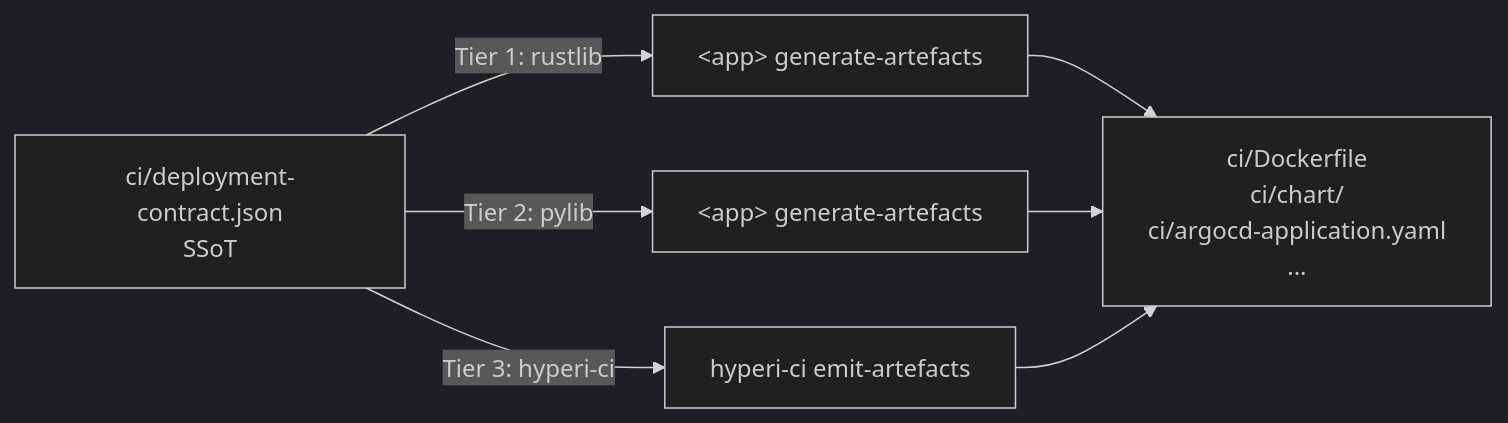
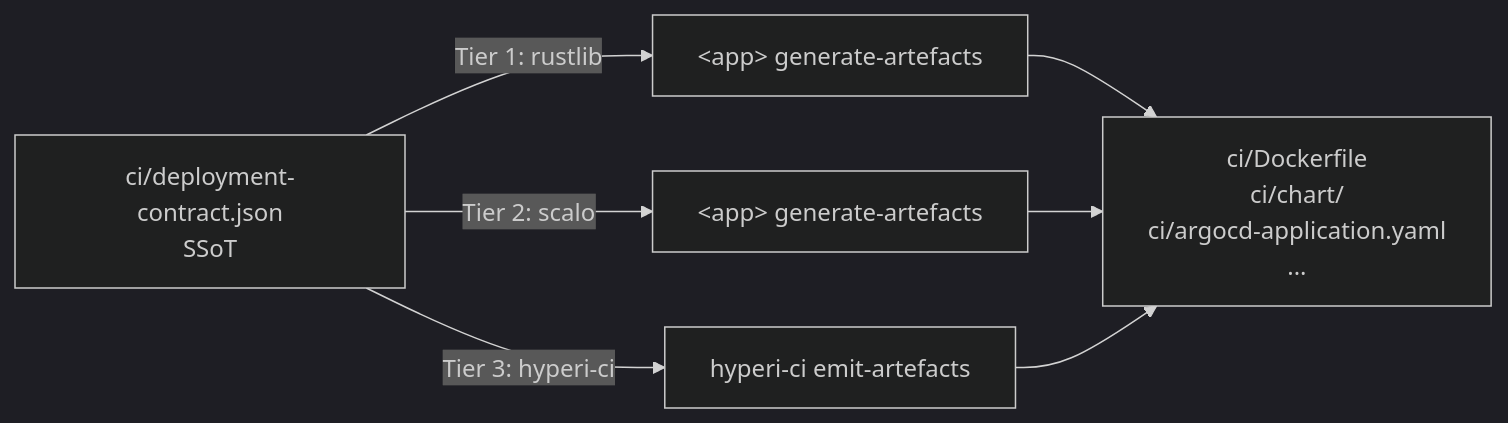
Before and after one commit to hyperi-io/hyperi-ci: the diagram in docs/deployment-contract.md, drawn with Mermaid (dark theme). The commit also changed other lines of this file and 39 other files, not shown here.

First line of the commit message:
fix: migrate to scalo, replace hyperi-pylib dep

````diff
--- a/docs/deployment-contract.md
+++ b/docs/deployment-contract.md
@@ -17,10 +17,10 @@
 ```mermaid
 flowchart LR
     C[ci/deployment-contract.json<br/>SSoT]
     C -->|Tier 1: rustlib| GR["&lt;app&gt; generate-artefacts"]
-    C -->|Tier 2: pylib| GP["&lt;app&gt; generate-artefacts"]
+    C -->|Tier 2: scalo| GP["&lt;app&gt; generate-artefacts"]
     C -->|Tier 3: hyperi-ci| GE["hyperi-ci emit-artefacts"]
     GR --> A["ci/Dockerfile<br/>ci/chart/<br/>ci/argocd-application.yaml<br/>..."]
     GP --> A
     GE --> A
 ```
````
